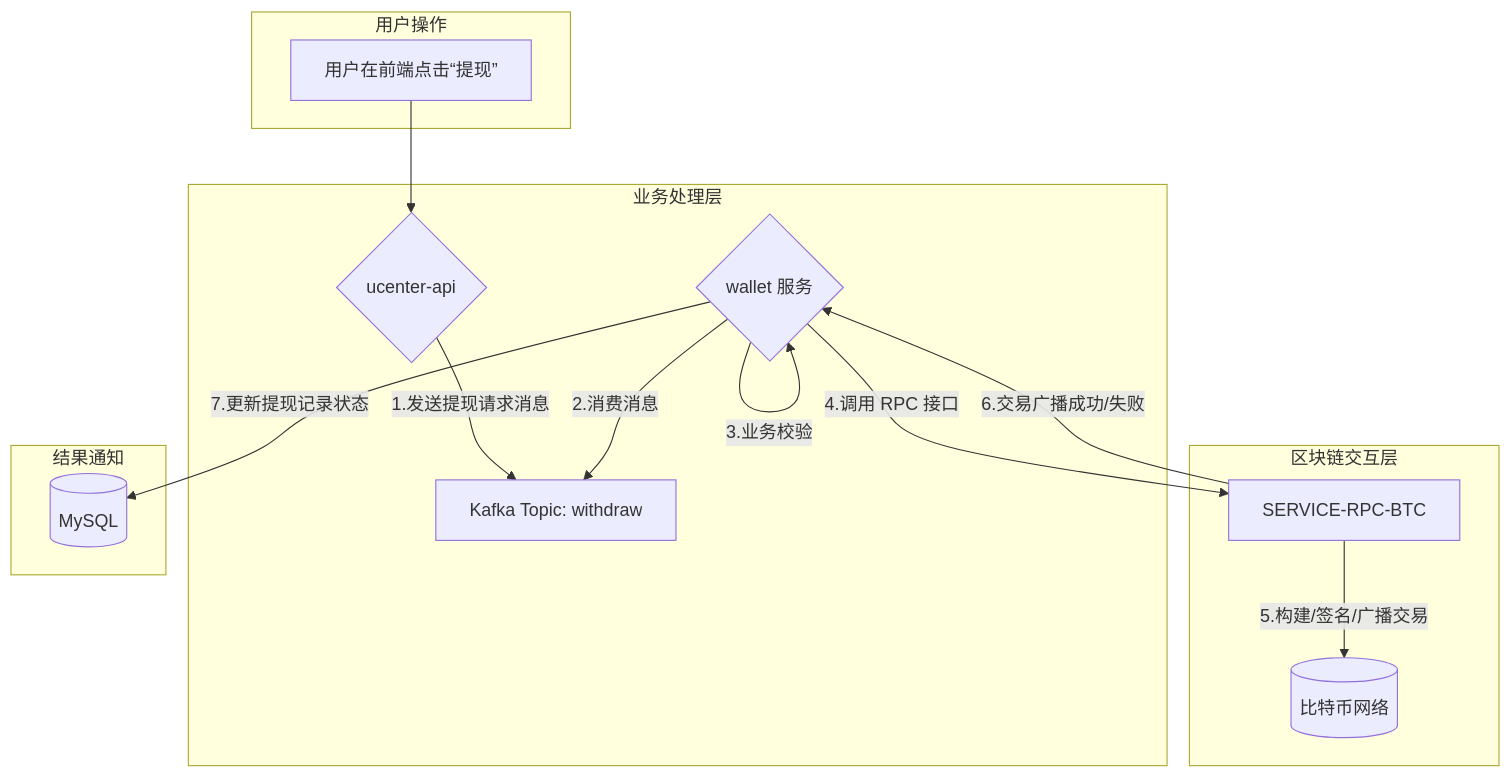
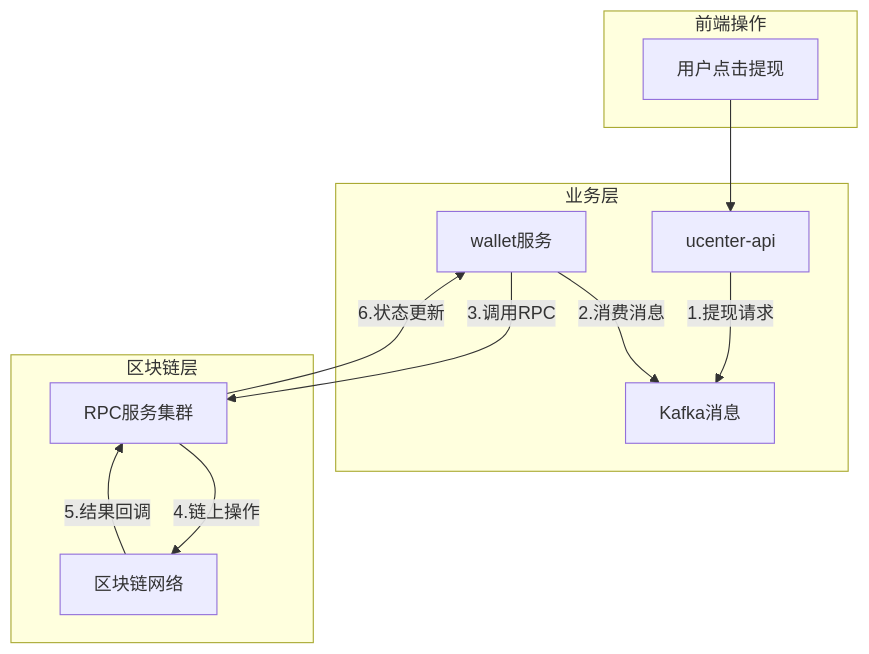
Before and after one commit to kick-pixel/btc_eth_bizzan_contract_Exchange_ztuo_jiaoyisuo: the fifth of 5 diagrams in doc/11.钱包服务 (wallet) 源码剖析.md, drawn with Mermaid. The commit also changed other lines of this file and 27 other files, not shown here.

````diff
--- a/doc/11.钱包服务 (wallet) 源码剖析.md
+++ b/doc/11.钱包服务 (wallet) 源码剖析.md
@@ -301,23 +252,25 @@
 ```mermaid
 graph TD
-    subgraph "用户操作"
-        A[用户在前端点击“提现”]
+    subgraph "前端操作"
+        A[用户点击提现]
     end
 
-    subgraph "业务处理层"
-        A --> B{ucenter-api};
-        B -- "1.发送提现请求消息" --> C[Kafka Topic: withdraw];
-        D{wallet 服务} -- "2.消费消息" --> C;
-        D -- "3.业务校验" --> D;
+    subgraph "业务层"
+        B[ucenter-api]
+        C[Kafka消息]
+        D[wallet服务]
     end
 
-    subgraph "区块链交互层"
-        D -- "4.调用 RPC 接口" --> E[SERVICE-RPC-BTC];
-        E -- "5.构建/签名/广播交易" --> F[(比特币网络)];
+    subgraph "区块链层"
+        E[RPC服务集群]
+        F[区块链网络]
     end
 
-    subgraph "结果通知"
-        E -- "6.交易广播成功/失败" --> D;
-        D -- "7.更新提现记录状态" --> G[(MySQL)];
-    end
+    A --> B
+    B -- "1.提现请求" --> C
+    D -- "2.消费消息" --> C
+    D -- "3.调用RPC" --> E
+    E -- "4.链上操作" --> F
+    F -- "5.结果回调" --> E
+    E -- "6.状态更新" --> D
 ```
````
